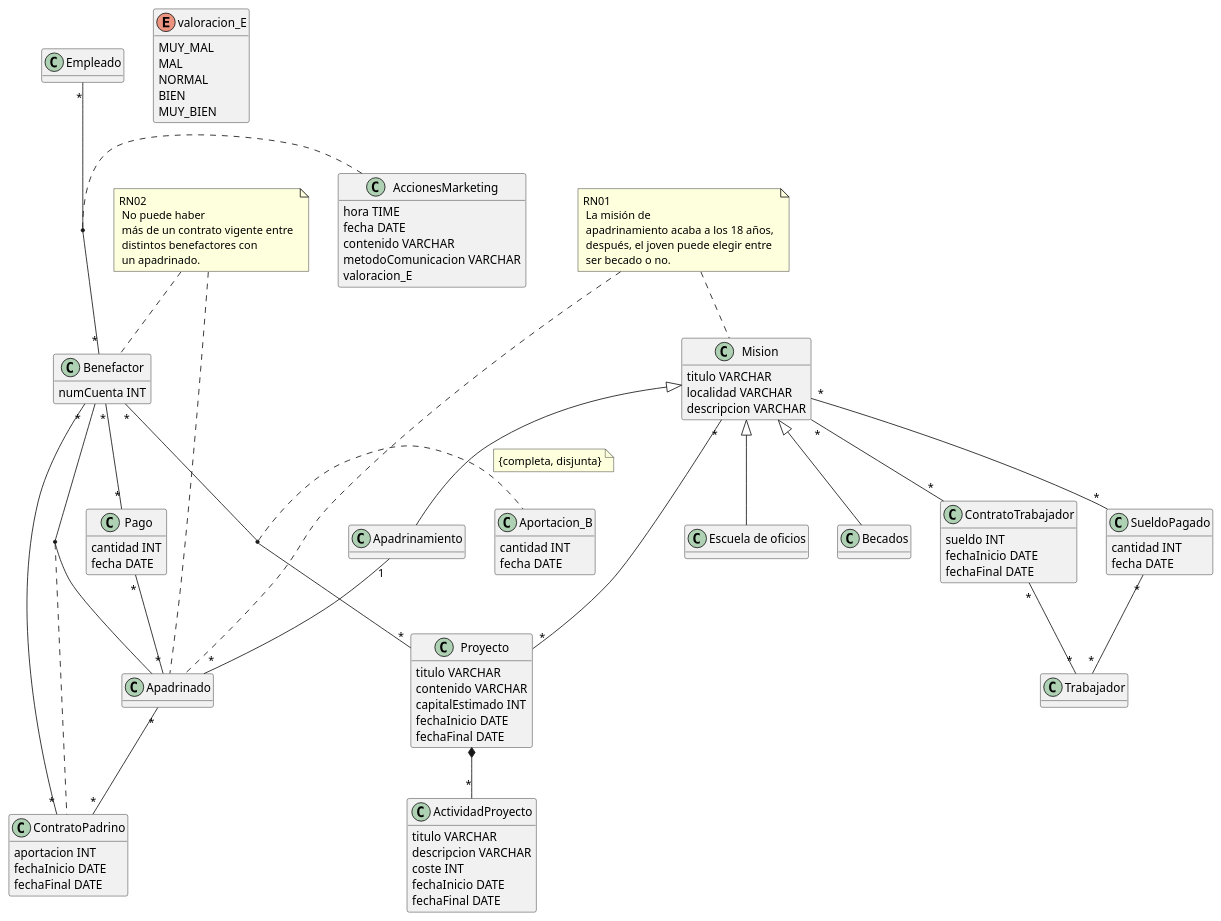
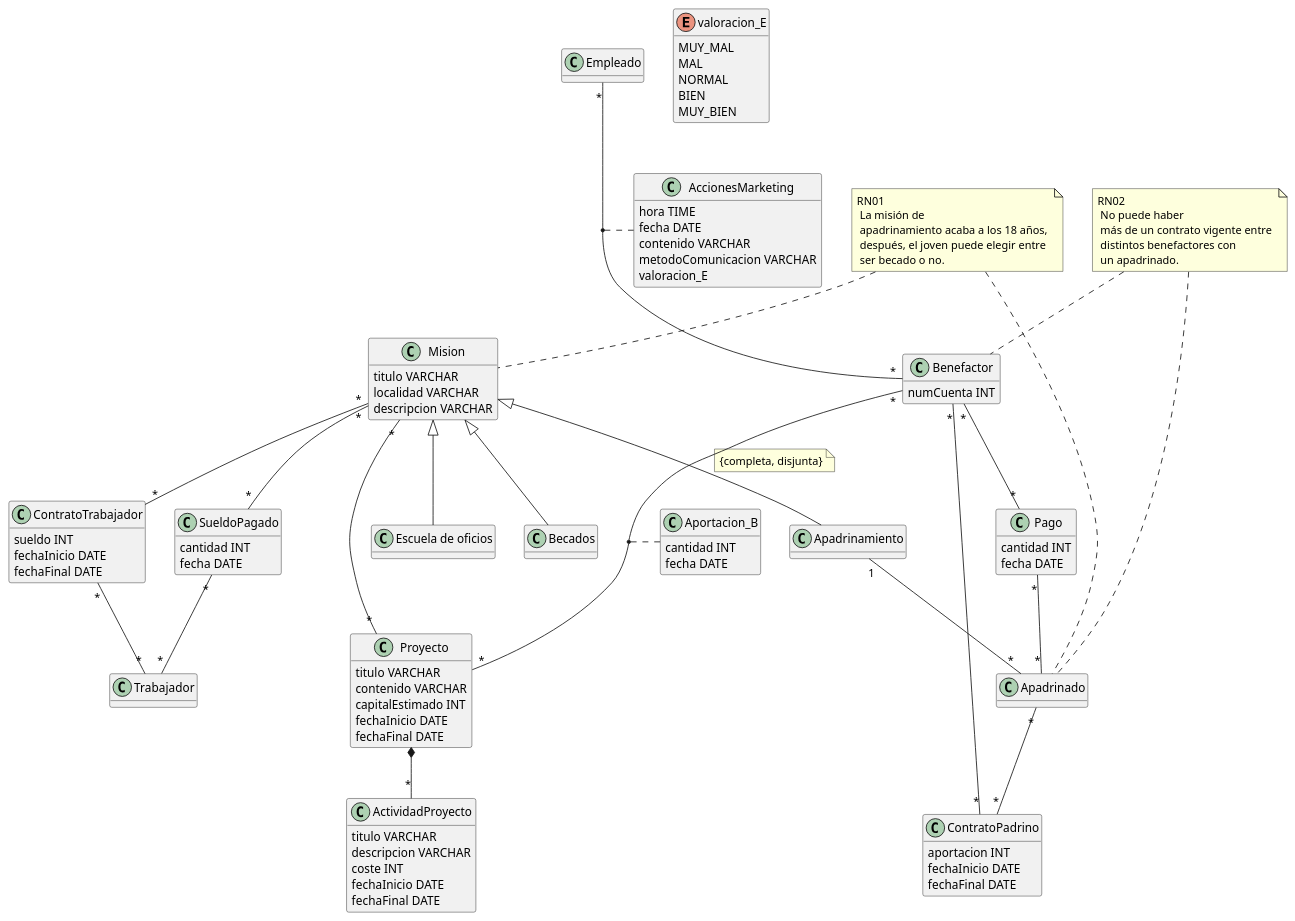
Before and after one commit to albporfer1-64/Grupo_Proyecto_DB: the diagram in modelo_conceptual /economico.puml, drawn with PlantUML. The commit also changed 4 other files, not shown here.

```diff
--- a/modelo_conceptual /economico.puml
+++ b/modelo_conceptual /economico.puml
@@ -1,144 +1,144 @@
 @startuml hola
 hide methods
 skinparam classAttributeIconSize 0
 
 class Proyecto{
     titulo VARCHAR
     contenido VARCHAR
     capitalEstimado INT
     fechaInicio DATE
     fechaFinal DATE
 }
 
 class ActividadProyecto{
     titulo VARCHAR
     descripcion VARCHAR
     coste INT
     fechaInicio DATE
     fechaFinal DATE
 }
 
 class Mision{
     titulo VARCHAR
     localidad VARCHAR
     descripcion VARCHAR
 }
 
 class "Escuela de oficios" as EscuelaDeOficios{
     
 }
 
 class Becados{
 }
 
 
 class Apadrinamiento{
 }
 
 'Lo que viene a continuacion es para la estetica del diagrama:
 EscuelaDeOficios -[hidden]right- Becados
 Becados -[hidden]right- Apadrinamiento
 
 Mision "*"--"*" Proyecto
 Mision "*"--"*" SueldoPagado
 SueldoPagado "*"--"*" Trabajador
 Mision "*"--"*" ContratoTrabajador
 ContratoTrabajador "*"--"*" Trabajador
 Proyecto *--"*" ActividadProyecto
 
 'Subclases de Mision:
 Mision <|-- EscuelaDeOficios
 Mision <|-- Becados
 Mision <|-- Apadrinamiento
 
 'Restricción de cobertura:
 note on link : {completa, disjunta}
 
 class Apadrinado{
 }
 
 
 class Aportacion_B{
     cantidad INT
     fecha DATE
 }
 
 class AccionesMarketing {
     hora TIME
     fecha DATE
     contenido VARCHAR
     metodoComunicacion VARCHAR
     valoracion_E
 }
 
 enum valoracion_E{
     MUY_MAL
     MAL
     NORMAL
     BIEN
     MUY_BIEN
 }
 
 class Benefactor{ 
     numCuenta INT
 }
 
 class Empleado{
 }
 
 class Trabajador{
 }
 
 class ContratoTrabajador{
     sueldo INT
     fechaInicio DATE
     fechaFinal DATE
 }
 
 class Pago{
     cantidad INT
     fecha DATE
 }
 
 class ContratoPadrino{
     aportacion INT
     fechaInicio DATE
     fechaFinal DATE
 }
 
 class SueldoPagado{
     cantidad INT
     fecha DATE
 }
 
 
 Apadrinamiento "1"--"*" Apadrinado
 Benefactor "*"--"*" Pago
 Pago "*"--"*" Apadrinado
 Benefactor "*"--"*" ContratoPadrino
 Apadrinado "*"--"*" ContratoPadrino
 Benefactor "*"--"*" Proyecto
 
 Empleado "*"--"*"Benefactor
 
 
 (Empleado, Benefactor) .. AccionesMarketing
 (Benefactor, Proyecto) .. Aportacion_B
-(Benefactor, Apadrinado) .. ContratoPadrino
+
 
 'Regla de negocio 01:
 note "RN01\n La misión de \n apadrinamiento acaba a los 18 años, \n después, el joven puede elegir entre \n ser becado o no." as RN01
 RN01 .. Mision
 RN01 .. Apadrinado
 
 'Regla de negocio 02:
 note "RN02\n No puede haber \n más de un contrato vigente entre \n distintos benefactores con \n un apadrinado." as RN02
 RN02 .. Benefactor
 RN02 .. Apadrinado
 
 
 
 'Lo que viene a continuacion es para la estetica del diagrama:
 Apadrinamiento -[hidden]right- EscuelaDeOficios
 EscuelaDeOficios -[hidden]right- Becados
 @enduml
```
